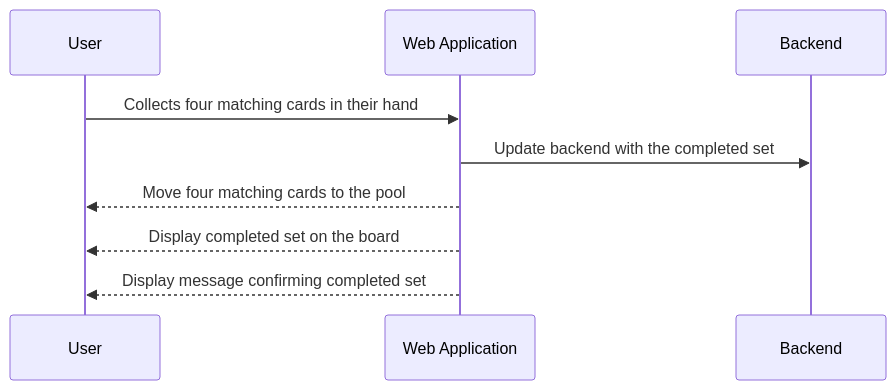
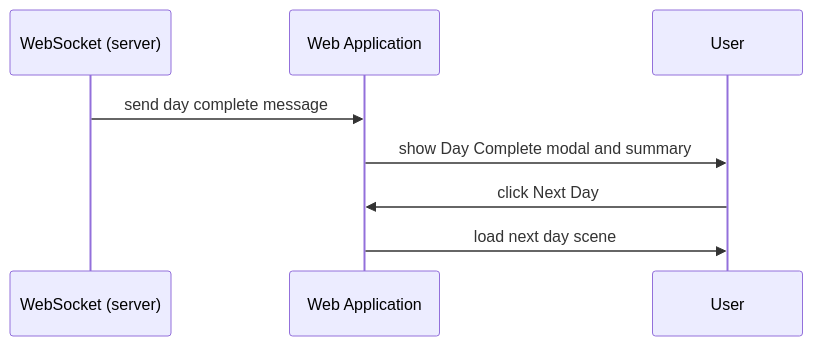
Before and after one commit to Capstone-Projects-2025-Spring/aac-go-fish: diagram 17 of 19 in documentation/docs/system-architecture/use-case-sequences.md, drawn with Mermaid. The commit also changed other lines of this file and 1 other file, not shown here.

Commit message:
AGTC-117 Update use cases and sequences for new game

````diff
--- a/documentation/docs/system-architecture/use-case-sequences.md
+++ b/documentation/docs/system-architecture/use-case-sequences.md
@@ -119,13 +311,11 @@
 ```mermaid
 sequenceDiagram
+    participant Server as WebSocket (server)
+    participant WebApp as Web Application
+    participant User
 
-    participant User
-    participant WebApplication as Web Application
-    participant Backend
-
-    User->>WebApplication: Collects four matching cards in their hand
-    WebApplication->>Backend: Update backend with the completed set
-    WebApplication-->>User: Move four matching cards to the pool
-    WebApplication-->>User: Display completed set on the board
-    WebApplication-->>User: Display message confirming completed set
+    Server->>WebApp: send day complete message
+    WebApp->>User: show Day Complete modal and summary
+    User->>WebApp: click Next Day
+    WebApp->>User: load next day scene
 ```
````
